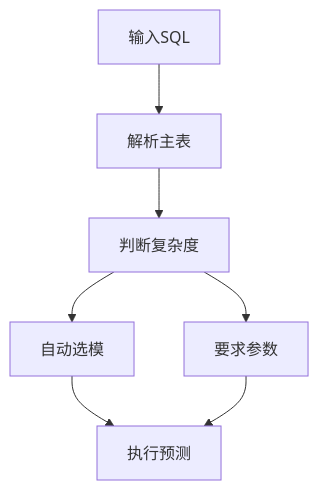
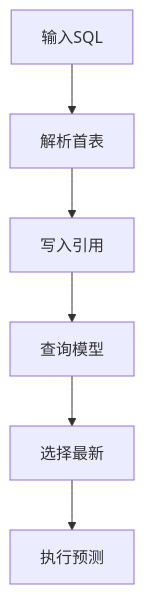
One commit to 18963603561/fmdb_udf_raha changed the second of 2 diagrams in doc/20260721/SHA-256字段梳理与模型可读版本改造分析-202607210935.md. Above: the diagram before and after it, drawn with Mermaid. The commit also changed other lines of this file and 56 other files, not shown here.

````diff
--- a/doc/20260721/SHA-256字段梳理与模型可读版本改造分析-202607210935.md
+++ b/doc/20260721/SHA-256字段梳理与模型可读版本改造分析-202607210935.md
@@ -255,15 +262,14 @@
 ```mermaid
 graph TD;
   n01[输入SQL];
-  n02[解析主表];
-  n03[判断复杂度];
-  n04[自动选模];
-  n05[要求参数];
+  n02[解析首表];
+  n03[写入引用];
+  n04[查询模型];
+  n05[选择最新];
   n06[执行预测];
   n01 --> n02;
   n02 --> n03;
   n03 --> n04;
-  n03 --> n05;
-  n04 --> n06;
+  n04 --> n05;
   n05 --> n06;
 ```
````
